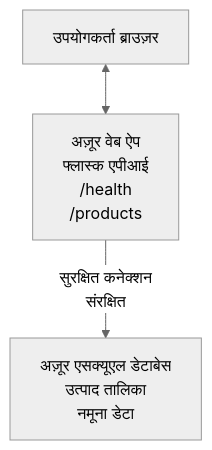
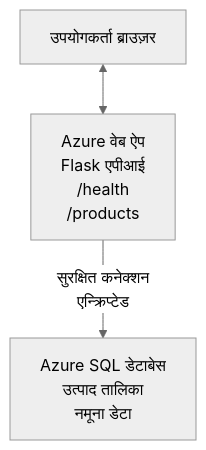
Before and after one commit to microsoft/AZD-for-beginners: the diagram in translations/hi/examples/database-app/README.md, drawn with Mermaid (neutral theme). The commit also changed other lines of this file and 104 other files, not shown here.

````diff
--- a/translations/hi/examples/database-app/README.md
+++ b/translations/hi/examples/database-app/README.md
@@ -72,5 +72,5 @@
 ```mermaid
 graph TD
-    Browser[उपयोगकर्ता ब्राउज़र] <--> WebApp[अज़ूर वेब ऐप<br/>फ्लास्क एपीआई<br/>/health<br/>/products]
-    WebApp -- सुरक्षित कनेक्शन<br/>संरक्षित --> SQL[अज़ूर एसक्यूएल डेटाबेस<br/>उत्पाद तालिका<br/>नमूना डेटा]
+    Browser[उपयोगकर्ता ब्राउज़र] <--> WebApp[Azure वेब ऐप<br/>Flask एपीआई<br/>/health<br/>/products]
+    WebApp -- सुरक्षित कनेक्शन<br/>एन्क्रिप्टेड --> SQL[Azure SQL डेटाबेस<br/>उत्पाद तालिका<br/>नमूना डेटा]
 ```
````
